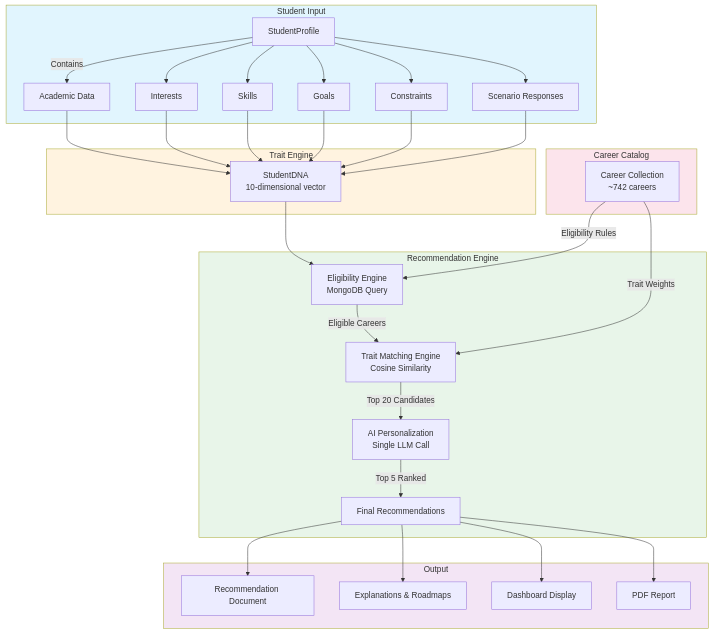
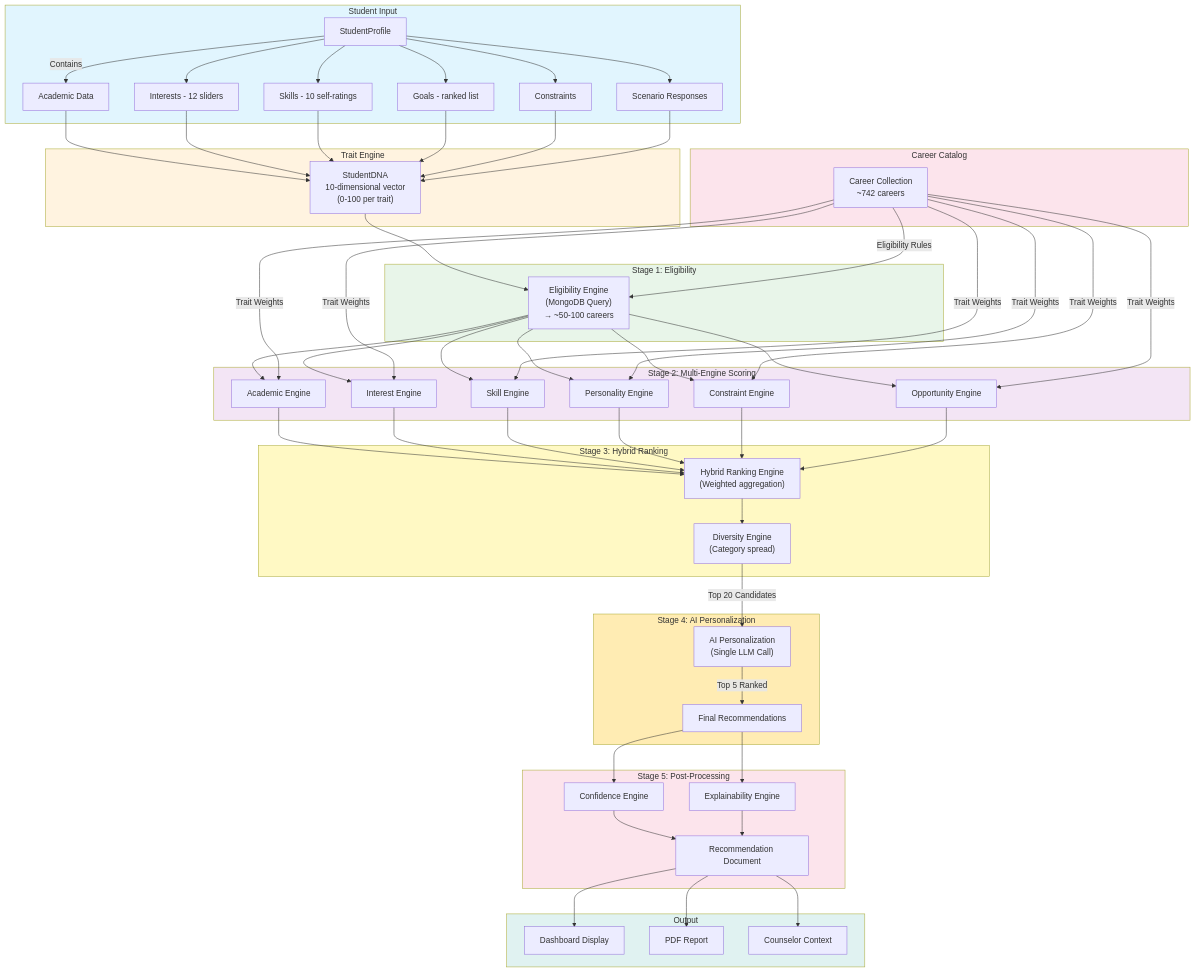
One commit to Vihangpatil37/BHENCHOD changed the fifth of 23 diagrams in PROJECT_ANALYSIS.md. Above: the diagram before and after it, drawn with Mermaid. The commit also changed other lines of this file and 6 other files, not shown here.

````diff
--- a/PROJECT_ANALYSIS.md
+++ b/PROJECT_ANALYSIS.md
@@ -312,40 +347,65 @@
 ```mermaid
 flowchart TD
     subgraph Input["Student Input"]
         A[StudentProfile] -->|Contains| B[Academic Data]
-        A --> C[Interests]
-        A --> D[Skills]
-        A --> E[Goals]
+        A --> C[Interests - 12 sliders]
+        A --> D[Skills - 10 self-ratings]
+        A --> E[Goals - ranked list]
         A --> F[Constraints]
         A --> G[Scenario Responses]
     end
 
     subgraph TraitComputation["Trait Engine"]
-        B & C & D & E & F & G --> H[StudentDNA\n10-dimensional vector]
+        B & C & D & E & F & G --> H["StudentDNA\n10-dimensional vector\n(0-100 per trait)"]
     end
 
-    subgraph Engine["Recommendation Engine"]
-        H --> I[Eligibility Engine\nMongoDB Query]
-        I -->|Eligible Careers| J[Trait Matching Engine\nCosine Similarity]
-        J -->|Top 20 Candidates| K[AI Personalization\nSingle LLM Call]
-        K -->|Top 5 Ranked| L[Final Recommendations]
+    subgraph Eligibility["Stage 1: Eligibility"]
+        H --> I["Eligibility Engine\n(MongoDB Query)\n→ ~50-100 careers"]
+    end
+
+    subgraph Scoring["Stage 2: Multi-Engine Scoring"]
+        I --> J1[Academic Engine]
+        I --> J2[Interest Engine]
+        I --> J3[Skill Engine]
+        I --> J4[Personality Engine]
+        I --> J5[Constraint Engine]
+        I --> J6[Opportunity Engine]
+    end
+
+    subgraph Ranking["Stage 3: Hybrid Ranking"]
+        J1 & J2 & J3 & J4 & J5 & J6 --> K["Hybrid Ranking Engine\n(Weighted aggregation)"]
+        K --> L["Diversity Engine\n(Category spread)"]
+    end
+
+    subgraph AI["Stage 4: AI Personalization"]
+        L -->|Top 20 Candidates| M["AI Personalization\n(Single LLM Call)"]
+        M -->|Top 5 Ranked| N[Final Recommendations]
+    end
+
+    subgraph PostProcess["Stage 5: Post-Processing"]
+        N --> O[Confidence Engine]
+        N --> P[Explainability Engine]
+        O & P --> Q[Recommendation Document]
     end
 
     subgraph Output["Output"]
-        L --> M[Recommendation Document]
-        L --> N[Explanations & Roadmaps]
-        L --> O[Dashboard Display]
-        L --> P[PDF Report]
+        Q --> R[Dashboard Display]
+        Q --> S[PDF Report]
+        Q --> T[Counselor Context]
     end
 
     subgraph Careers["Career Catalog"]
-        Q[Career Collection\n~742 careers] -->|Trait Weights| J
-        Q -->|Eligibility Rules| I
+        U["Career Collection\n~742 careers"] -->|Trait Weights| J1 & J2 & J3 & J4 & J5 & J6
+        U -->|Eligibility Rules| I
     end
 
     style Input fill:#e1f5fe
     style TraitComputation fill:#fff3e0
-    style Engine fill:#e8f5e9
-    style Output fill:#f3e5f5
+    style Eligibility fill:#e8f5e9
+    style Scoring fill:#f3e5f5
+    style Ranking fill:#fff9c4
+    style AI fill:#ffecb3
+    style PostProcess fill:#fce4ec
+    style Output fill:#e0f2f1
     style Careers fill:#fce4ec
 ```
````
